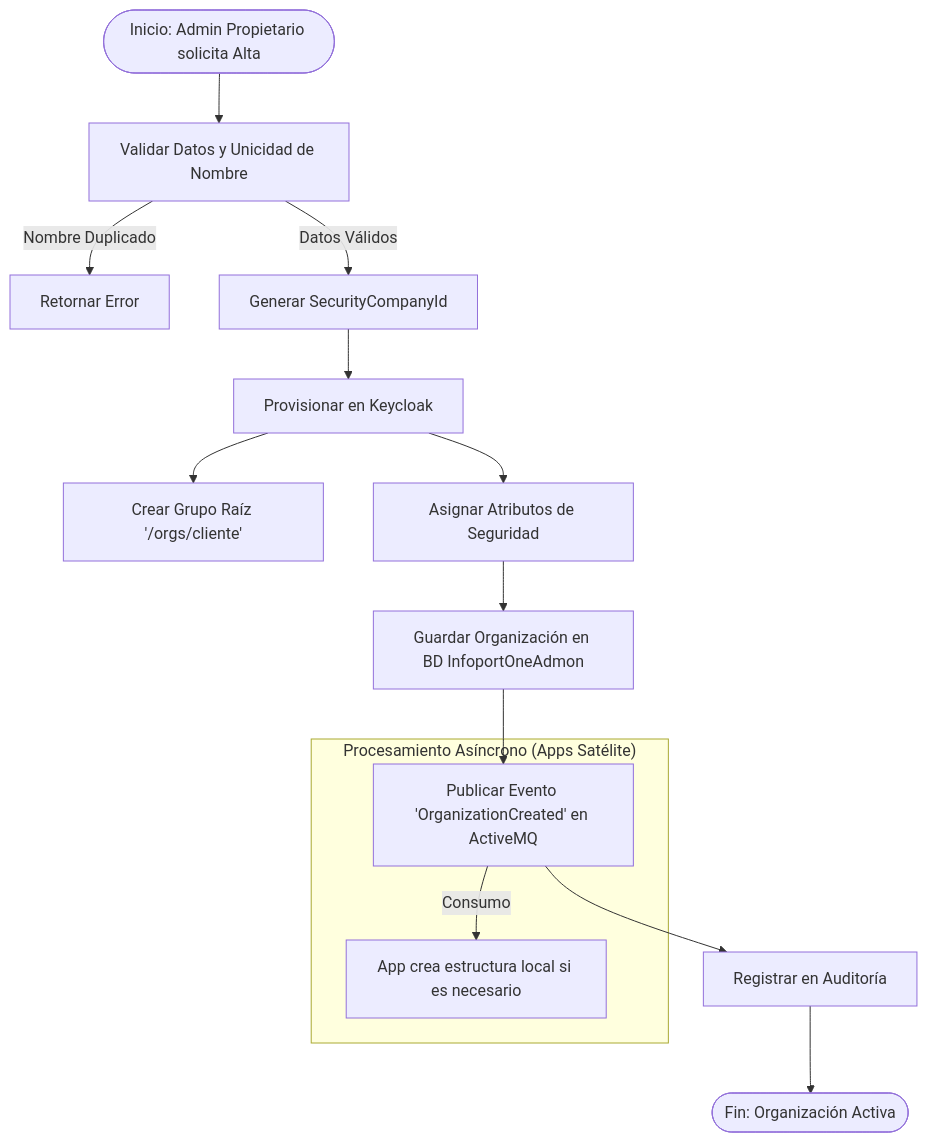
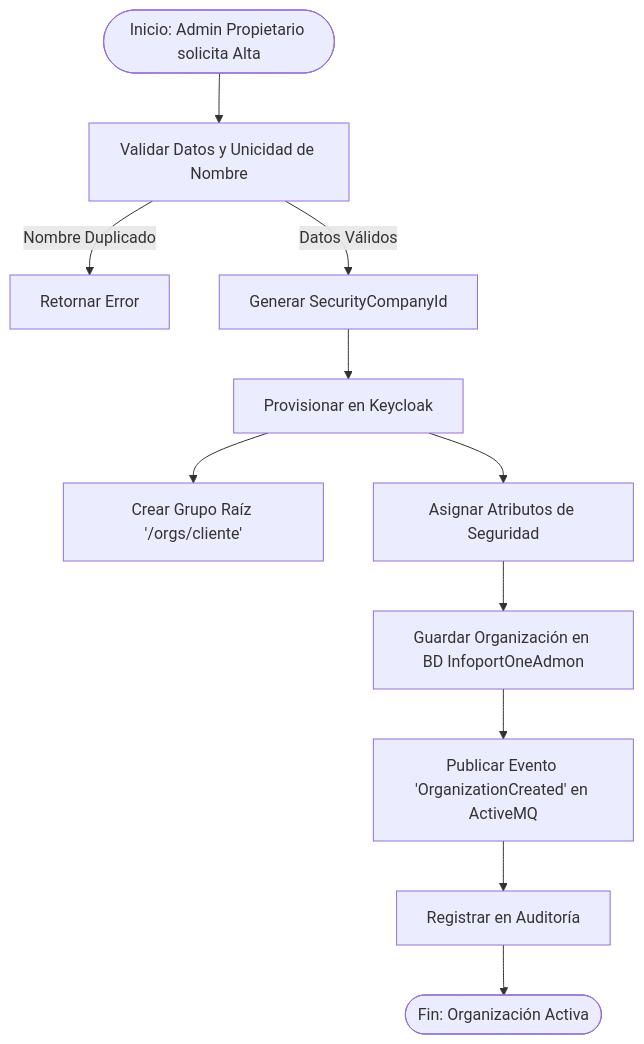
Before and after one commit to malbert-infoport/AI4Devs: the second of 6 diagrams in 01-Descripción general del Producto.md, drawn with Mermaid. The commit also changed other lines of this file and 1 other file, not shown here.

````diff
--- a/01-Descripción general del Producto.md
+++ b/01-Descripción general del Producto.md
@@ -171,22 +178,13 @@
 ```mermaid
 graph TD
     Start([Inicio: Admin Propietario solicita Alta]) --> Validar[Validar Datos y Unicidad de Nombre]
-    
     Validar -->|Nombre Duplicado| Error[Retornar Error]
     Validar -->|Datos Válidos| GenID[Generar SecurityCompanyId]
-    
     GenID --> KC_Step[Provisionar en Keycloak]
     KC_Step --> KC_Group[Crear Grupo Raíz '/orgs/cliente']
     KC_Step --> KC_Attr[Asignar Atributos de Seguridad]
-    
     KC_Attr --> DB_Save[Guardar Organización en BD InfoportOneAdmon]
-    
     DB_Save --> Event[Publicar Evento 'OrganizationCreated' en ActiveMQ]
-    
     Event --> Audit[Registrar en Auditoría]
     Audit --> End([Fin: Organización Activa])
-    
-    subgraph "Procesamiento Asíncrono (Apps Satélite)"
-    Event -->|Consumo| App1[App crea estructura local si es necesario]
-    end
 ```
````
